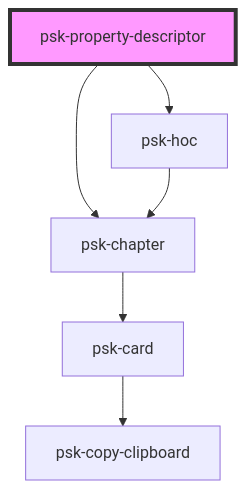
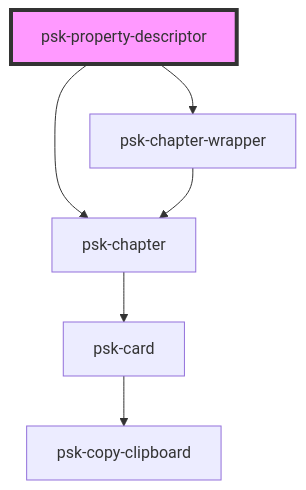
One commit to daniel-visoiu/cardinal changed the diagram in src/components/pages-components/readme.md. Above: the diagram before and after it, drawn with Mermaid. The commit also changed other lines of this file and 9 other files, not shown here.

````diff
--- a/src/components/pages-components/readme.md
+++ b/src/components/pages-components/readme.md
@@ -23,9 +23,9 @@
 ```mermaid
 graph TD;
-  psk-property-descriptor --> psk-hoc
+  psk-property-descriptor --> psk-chapter-wrapper
   psk-property-descriptor --> psk-chapter
-  psk-hoc --> psk-chapter
+  psk-chapter-wrapper --> psk-chapter
   psk-chapter --> psk-card
   psk-card --> psk-copy-clipboard
   style psk-property-descriptor fill:#f9f,stroke:#333,stroke-width:4px
 ```
````
